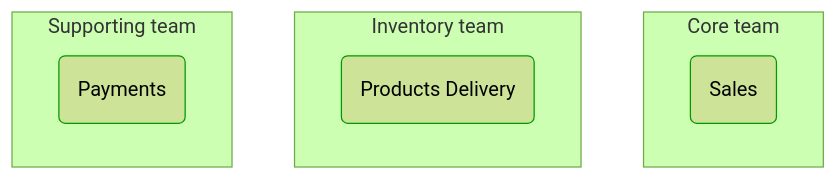
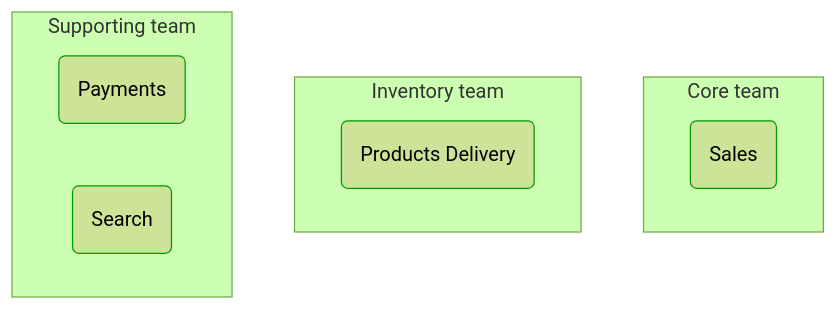
One commit to itlibrium/DDD-starter-dotnet changed the first of 3 diagrams in Docs/P3/MermaidOutput/Domain/Concepts/DomainModuleOwners.md. Above: the diagram before and after it, drawn with Mermaid (forest theme). The commit also changed other lines of this file and 10 other files, not shown here.

````diff
--- a/Docs/P3/MermaidOutput/Domain/Concepts/DomainModuleOwners.md
+++ b/Docs/P3/MermaidOutput/Domain/Concepts/DomainModuleOwners.md
@@ -12,18 +12,20 @@
 ```mermaid
   flowchart TB
     subgraph 0["Supporting team"]
       1(Payments)
       class 1 DomainPerspective
+      2(Search)
+      class 2 DomainPerspective
     end
-    subgraph 2["Inventory team"]
-      3(Products Delivery)
-      class 3 DomainPerspective
+    subgraph 3["Inventory team"]
+      4(Products Delivery)
+      class 4 DomainPerspective
     end
-    subgraph 4["Core team"]
-      5(Sales)
-      class 5 DomainPerspective
+    subgraph 5["Core team"]
+      6(Sales)
+      class 6 DomainPerspective
     end
     classDef DomainPerspective stroke:#009900
     classDef TechnologyPerspective stroke:#1F41EB
     classDef PeoplePerspective stroke:#FFF014
 ```
````
